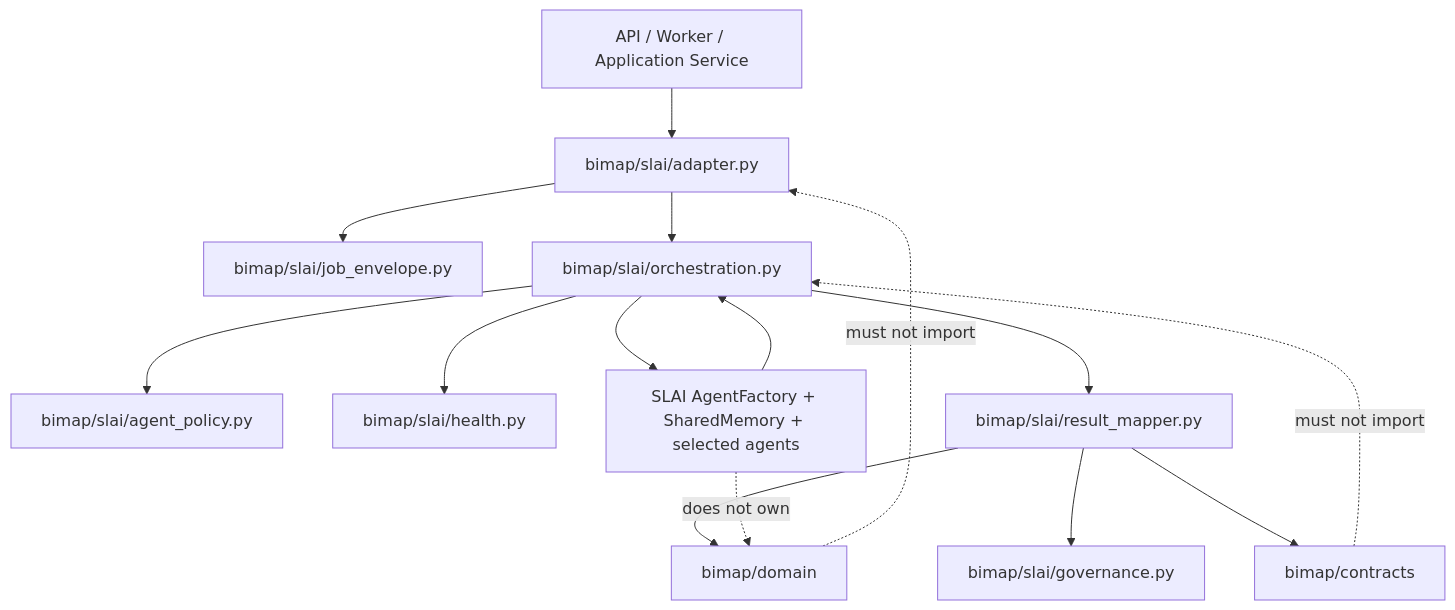
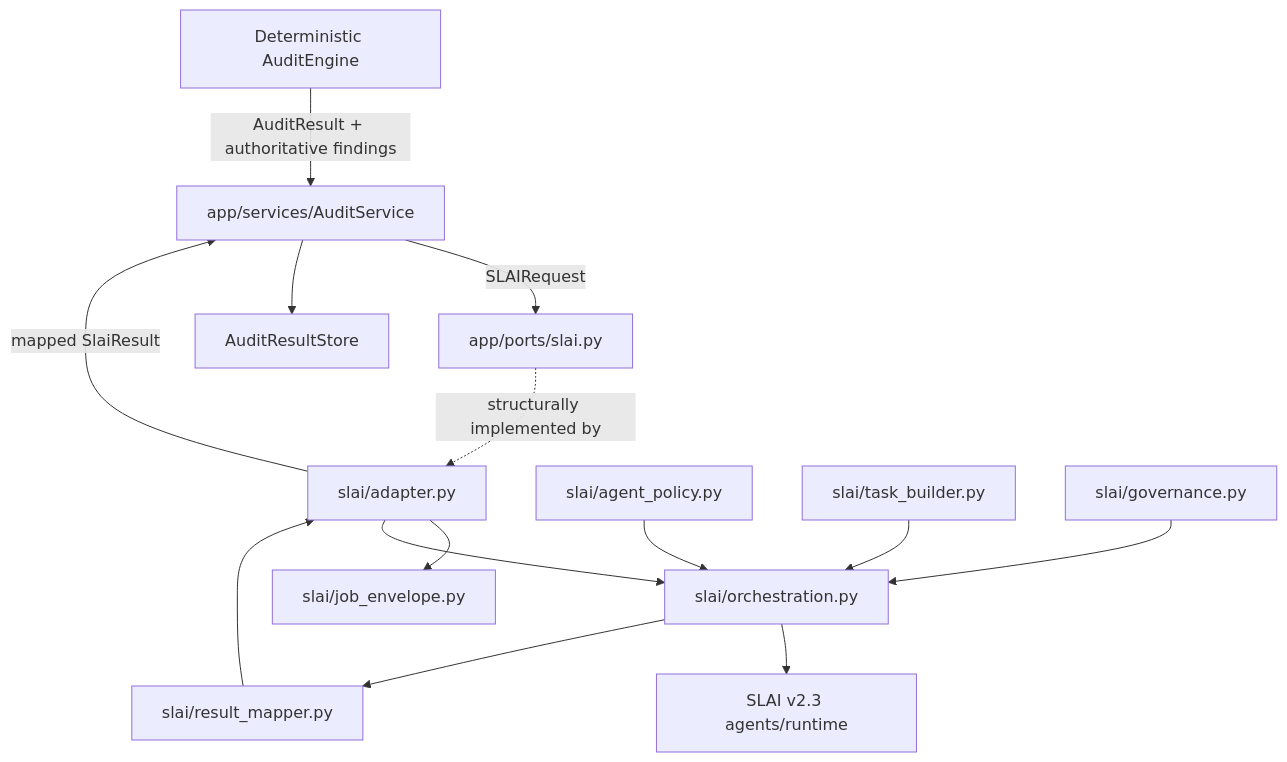
The first of 2 diagrams in slai/README.md (The-Outsider-97/bimap), drawn with Mermaid before and after one commit. The commit also changed other lines of this file, not shown here.

````diff
--- a/slai/README.md
+++ b/slai/README.md
@@ -40,18 +32,29 @@
 ```mermaid
 flowchart TB
-    API[API / Worker / Application Service] --> ADAPTER[bimap/slai/adapter.py]
-    ADAPTER --> ENV[bimap/slai/job_envelope.py]
-    ADAPTER --> ORCH[bimap/slai/orchestration.py]
-    ORCH --> POLICY[bimap/slai/agent_policy.py]
-    ORCH --> HEALTH[bimap/slai/health.py]
-    ORCH --> SLAI[SLAI AgentFactory + SharedMemory + selected agents]
-    SLAI --> ORCH
-    ORCH --> MAPPER[bimap/slai/result_mapper.py]
-    MAPPER --> GOV[bimap/slai/governance.py]
-    MAPPER --> CONTRACTS[bimap/contracts]
-    MAPPER --> DOMAIN[bimap/domain]
+    ENGINE[Deterministic AuditEngine]
+    APP[app/services/AuditService]
+    PORT[app/ports/slai.py]
+    ADAPTER[slai/adapter.py]
+    ENV[slai/job_envelope.py]
+    POLICY[slai/agent_policy.py]
+    TASK[slai/task_builder.py]
+    ORCH[slai/orchestration.py]
+    GOV[slai/governance.py]
+    MAP[slai/result_mapper.py]
+    SLAI[SLAI v2.3 agents/runtime]
+    STORE[AuditResultStore]
 
-    DOMAIN -. must not import .-> ADAPTER
-    CONTRACTS -. must not import .-> ORCH
-    SLAI -. does not own .-> DOMAIN
+    ENGINE -->|AuditResult + authoritative findings| APP
+    APP -->|SLAIRequest| PORT
+    PORT -. structurally implemented by .-> ADAPTER
+    ADAPTER --> ENV
+    ADAPTER --> ORCH
+    POLICY --> ORCH
+    TASK --> ORCH
+    GOV --> ORCH
+    ORCH --> SLAI
+    ORCH --> MAP
+    MAP --> ADAPTER
+    ADAPTER -->|mapped SlaiResult| APP
+    APP --> STORE
 ```
````
